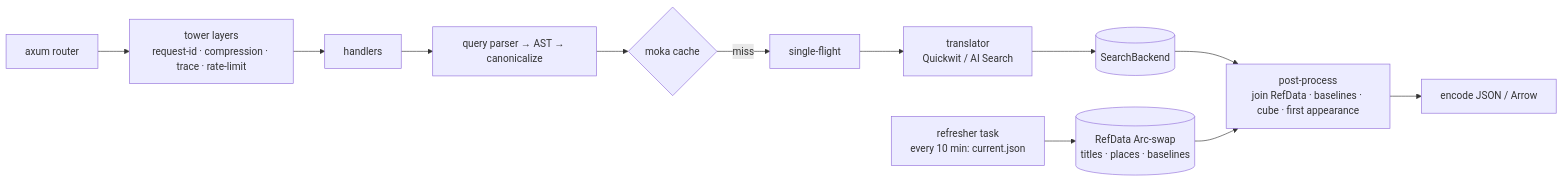
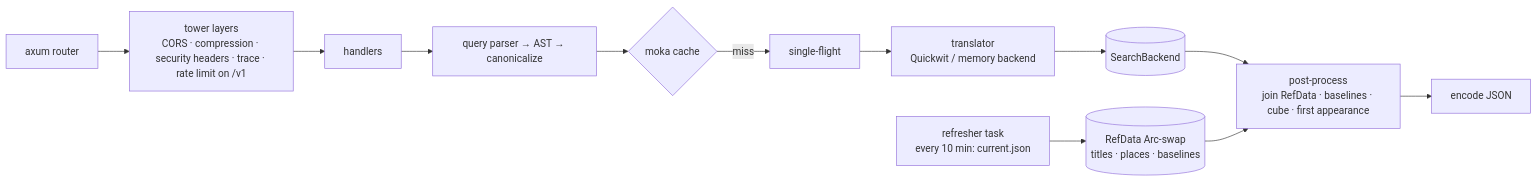
One commit to tgoodyear/usnewsmap.com changed the diagram in docs/design/06-api-design.md. Above: the diagram before and after it, drawn with Mermaid. The commit also changed other lines of this file and 1 other file, not shown here.

````diff
--- a/docs/design/06-api-design.md
+++ b/docs/design/06-api-design.md
@@ -577,14 +562,14 @@
 ```mermaid
 flowchart LR
-  R[axum router] --> MW[tower layers<br/>request-id · compression · trace · rate-limit]
+  R[axum router] --> MW[tower layers<br/>CORS · compression · security headers · trace · rate limit on /v1]
   MW --> H[handlers]
   H --> P[query parser → AST → canonicalize]
   P --> C{moka cache}
   C -- miss --> SF[single-flight]
-  SF --> T[translator<br/>Quickwit / AI Search]
+  SF --> T[translator<br/>Quickwit / memory backend]
   T --> BE[(SearchBackend)]
   BE --> PP[post-process<br/>join RefData · baselines · cube · first appearance]
-  PP --> ENC[encode JSON / Arrow]
+  PP --> ENC[encode JSON]
   RD[(RefData Arc-swap<br/>titles · places · baselines)] --> PP
   W[refresher task<br/>every 10 min: current.json] --> RD
 ```
````
